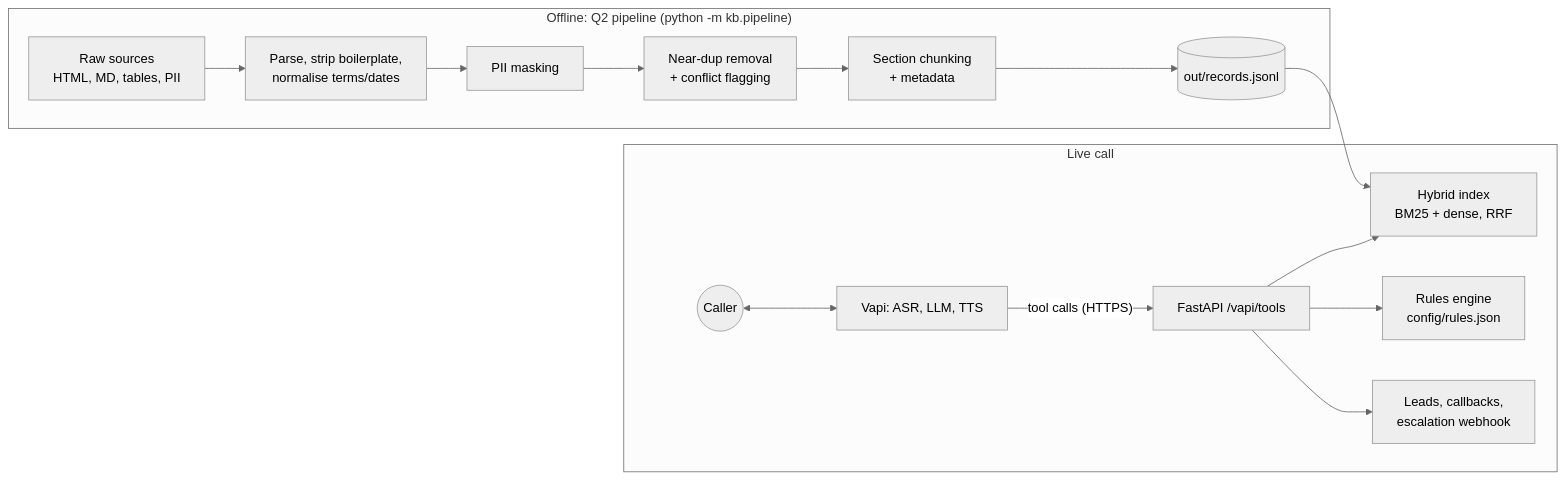
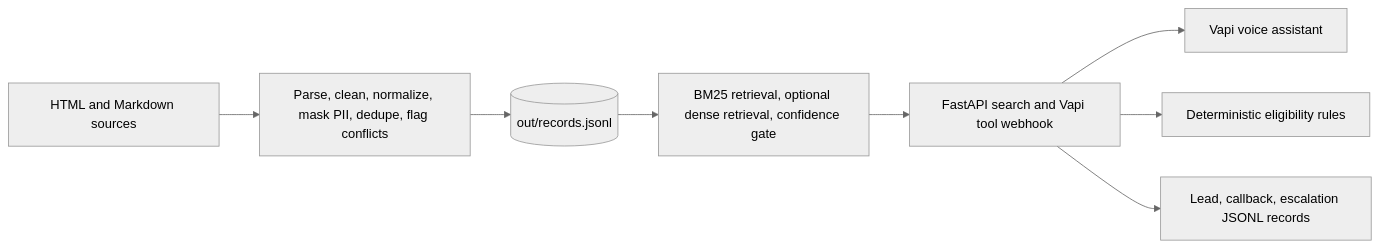
The diagram in README.md (shaanpagidi/KestrelVoiceAgent), drawn with Mermaid (neutral theme) before and after one commit. The commit also changed other lines of this file and 32 other files, not shown here.

````diff
--- a/README.md
+++ b/README.md
@@ -7,16 +7,10 @@
 ```mermaid
 flowchart LR
-  subgraph Build["Offline: Q2 pipeline (python -m kb.pipeline)"]
-    RAW["Raw sources<br/>HTML, MD, tables, PII"] --> CLEAN["Parse, strip boilerplate,<br/>normalise terms/dates"]
-    CLEAN --> PII["PII masking"] --> DEDUP["Near-dup removal<br/>+ conflict flagging"] --> CHUNK["Section chunking<br/>+ metadata"]
-    CHUNK --> REC[("out/records.jsonl")]
-  end
-  REC --> IDX["Hybrid index<br/>BM25 + dense, RRF"]
-  subgraph Live["Live call"]
-    CALLER((Caller)) <--> VAPI["Vapi: ASR, LLM, TTS"]
-    VAPI -- "tool calls (HTTPS)" --> API["FastAPI /vapi/tools"]
-    API --> IDX
-    API --> ELIG["Rules engine<br/>config/rules.json"]
-    API --> ACT["Leads, callbacks,<br/>escalation webhook"]
-  end
+  RAW[HTML and Markdown sources] --> PIPE[Parse, clean, normalize, mask PII, dedupe, flag conflicts]
+  PIPE --> REC[(out/records.jsonl)]
+  REC --> IDX[BM25 retrieval, optional dense retrieval, confidence gate]
+  IDX --> API[FastAPI search and Vapi tool webhook]
+  API --> VAPI[Vapi voice assistant]
+  API --> RULES[Deterministic eligibility rules]
+  API --> ACTIONS[Lead, callback, escalation JSONL records]
 ```
````
